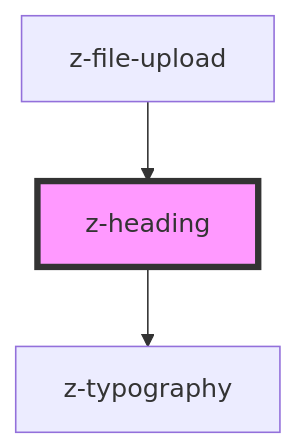
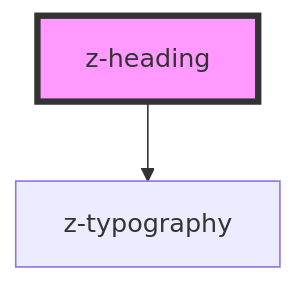
The diagram in src/components/typography/z-heading/readme.md (ZanichelliEditore/design-system), drawn with Mermaid before and after one commit. The commit also changed other lines of this file and 7 other files, not shown here.

````diff
--- a/src/components/typography/z-heading/readme.md
+++ b/src/components/typography/z-heading/readme.md
@@ -26,6 +22,5 @@
 ```mermaid
 graph TD;
   z-heading --> z-typography
-  z-file-upload --> z-heading
   style z-heading fill:#f9f,stroke:#333,stroke-width:4px
 ```
````
